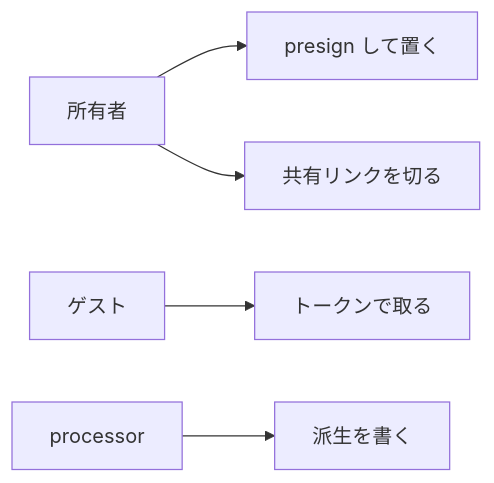
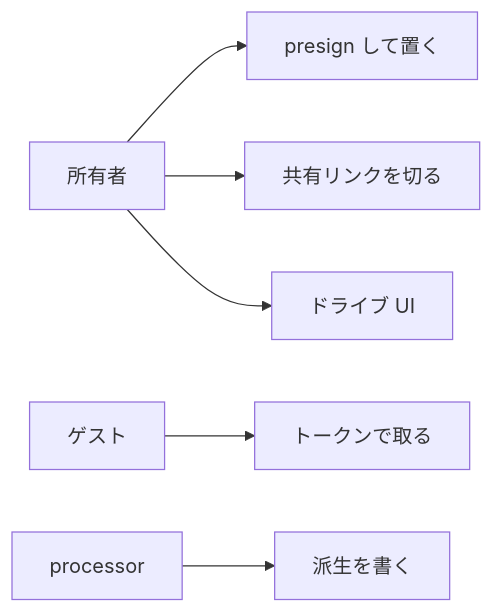
One commit to maeplego/portfolio-plan changed the first of 2 diagrams in portfolio-plan/media-platform/docs/06-diagrams.md. Above: the diagram before and after it, drawn with Mermaid. The commit also changed other lines of this file and 111 other files, not shown here.

````diff
--- a/portfolio-plan/media-platform/docs/06-diagrams.md
+++ b/portfolio-plan/media-platform/docs/06-diagrams.md
@@ -11,7 +12,8 @@
 ```mermaid
 flowchart LR
   U[所有者] --> UC1[presign して置く]
   U --> UC2[共有リンクを切る]
-  G[ゲスト] --> UC3[トークンで取る]
-  P[processor] --> UC4[派生を書く]
+  U --> UC3[ドライブ UI]
+  G[ゲスト] --> UC4[トークンで取る]
+  P[processor] --> UC5[派生を書く]
 ```
````
